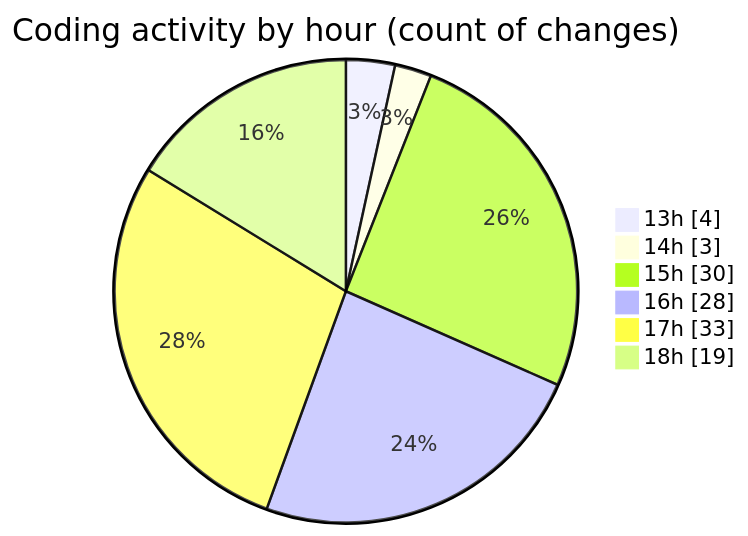
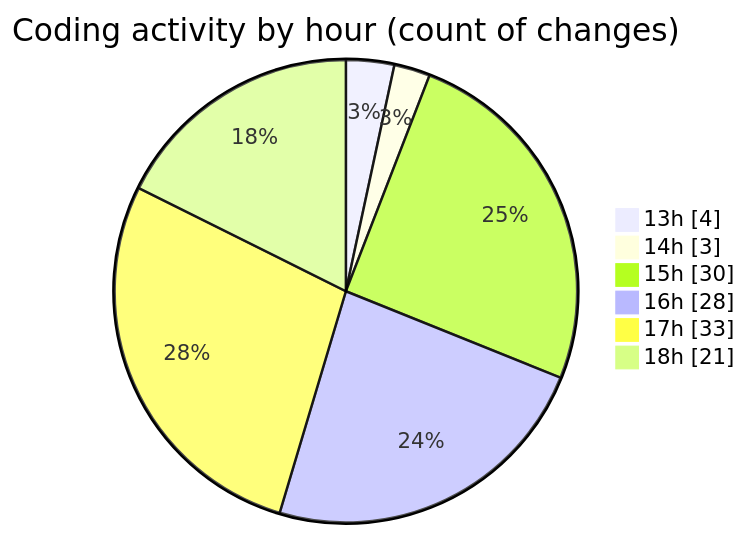
One commit to EIIisD/code-tracking changed the second of 2 diagrams in 2025-08-11/ribbon/README.md. Above: the diagram before and after it, drawn with Mermaid. The commit also changed other lines of this file and 1 other file, not shown here.

````diff
--- a/2025-08-11/ribbon/README.md
+++ b/2025-08-11/ribbon/README.md
@@ -52,10 +52,10 @@
 ```mermaid
 pie showData
 title Coding activity by hour (count of changes)
 "13h" : 4
 "14h" : 3
 "15h" : 30
 "16h" : 28
 "17h" : 33
-"18h" : 19
+"18h" : 21
 ```
````
